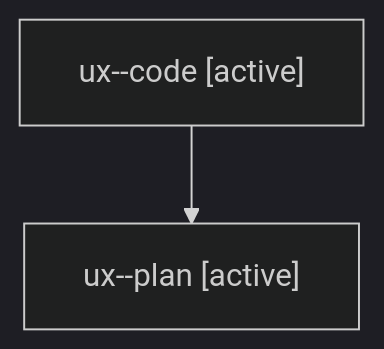
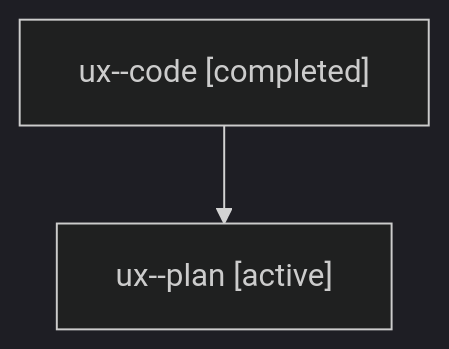
The diagram in families/bbugyi200.athena.ux.md (sase-org/sase--agents), drawn with Mermaid (dark theme) before and after one commit. The commit also changed other lines of this file and 4556 other files, not shown here.

````diff
--- a/families/bbugyi200.athena.ux.md
+++ b/families/bbugyi200.athena.ux.md
@@ -9,6 +9,6 @@
 ```mermaid
 flowchart TD
-  n0["ux--code [active]"]
+  n0["ux--code [completed]"]
   n1["ux--plan [active]"]
   n0 --> n1
 ```
````
